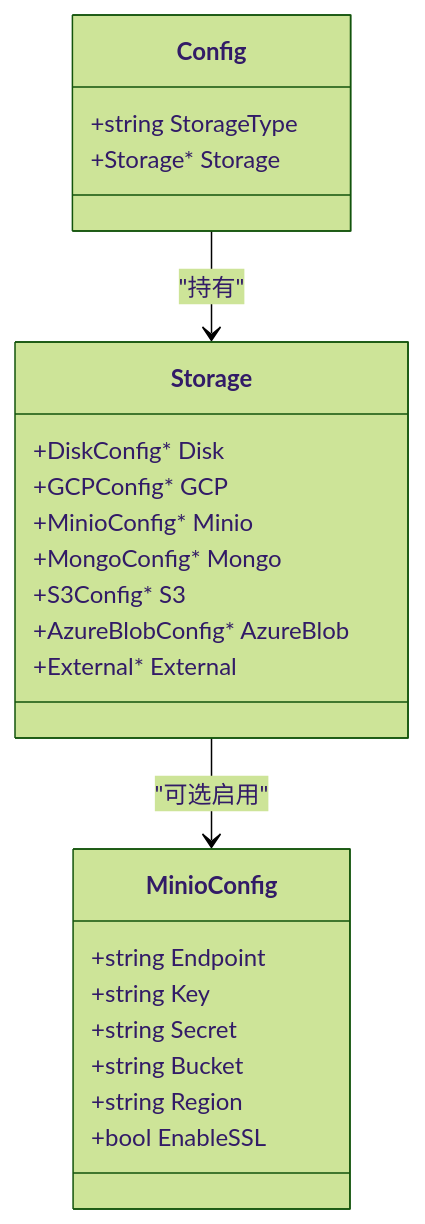
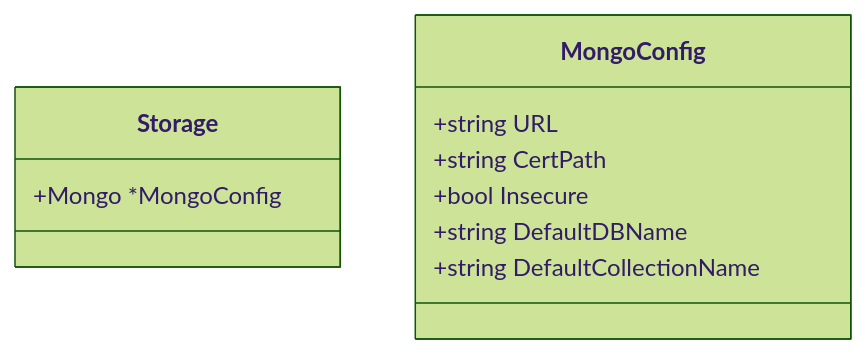
Before and after one commit to leimeng-go/athens: the second of 3 diagrams in .qoder/repowiki/zh/content/配置参考/存储后端配置/云存储配置/MinIO配置.md, drawn with Mermaid (forest theme). The commit also changed other lines of this file and 14 other files, not shown here.

````diff
--- a/.qoder/repowiki/zh/content/配置参考/存储后端配置/云存储配置/MinIO配置.md
+++ b/.qoder/repowiki/zh/content/配置参考/存储后端配置/云存储配置/MinIO配置.md
@@ -149,26 +62,13 @@
 ```mermaid
 classDiagram
-class Config {
-+string StorageType
-+Storage* Storage
+class Storage {
++Mongo *MongoConfig
 }
-class Storage {
-+DiskConfig* Disk
-+GCPConfig* GCP
-+MinioConfig* Minio
-+MongoConfig* Mongo
-+S3Config* S3
-+AzureBlobConfig* AzureBlob
-+External* External
+class MongoConfig {
++string URL
++string CertPath
++bool Insecure
++string DefaultDBName
++string DefaultCollectionName
 }
-class MinioConfig {
-+string Endpoint
-+string Key
-+string Secret
-+string Bucket
-+string Region
-+bool EnableSSL
-}
-Config --> Storage : "持有"
-Storage --> MinioConfig : "可选启用"
 ```
````
